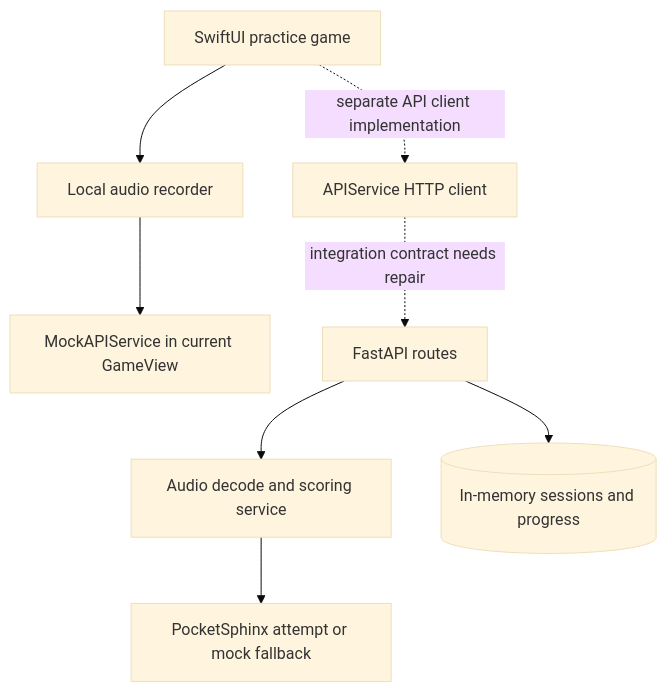
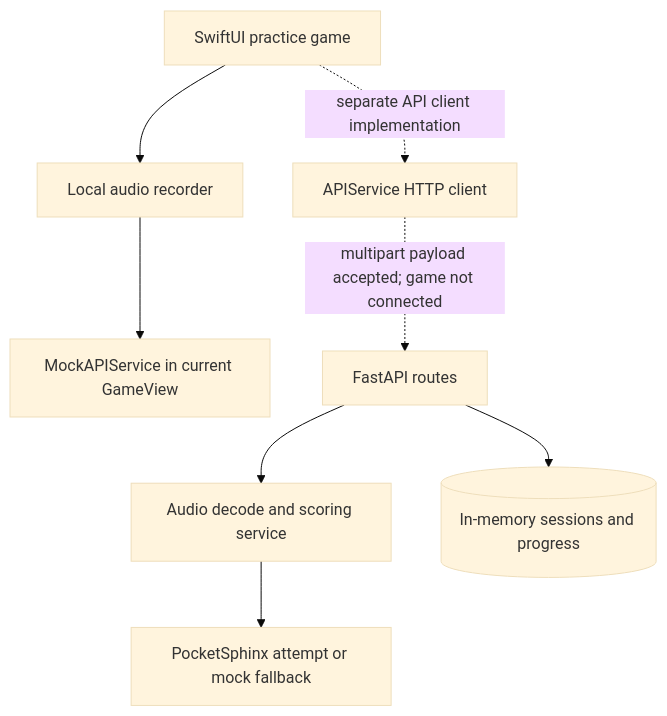
One commit to Albert-bit07/Speech-therapy-app changed the diagram in README.md. Above: the diagram before and after it, drawn with Mermaid (base theme). The commit also changed other lines of this file and 9 other files, not shown here.

````diff
--- a/README.md
+++ b/README.md
@@ -20,10 +20,10 @@
 ```mermaid
 flowchart TD
   U[SwiftUI practice game] --> R[Local audio recorder]
   R --> M[MockAPIService in current GameView]
   U -. separate API client implementation .-> A[APIService HTTP client]
-  A -. integration contract needs repair .-> F[FastAPI routes]
+  A -. multipart payload accepted; game not connected .-> F[FastAPI routes]
   F --> S[Audio decode and scoring service]
   S --> P[PocketSphinx attempt or mock fallback]
   F --> D[(In-memory sessions and progress)]
 ```
````
